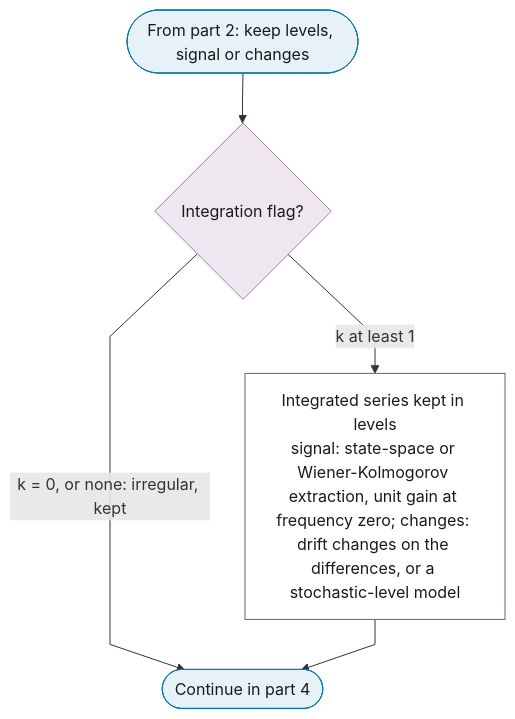
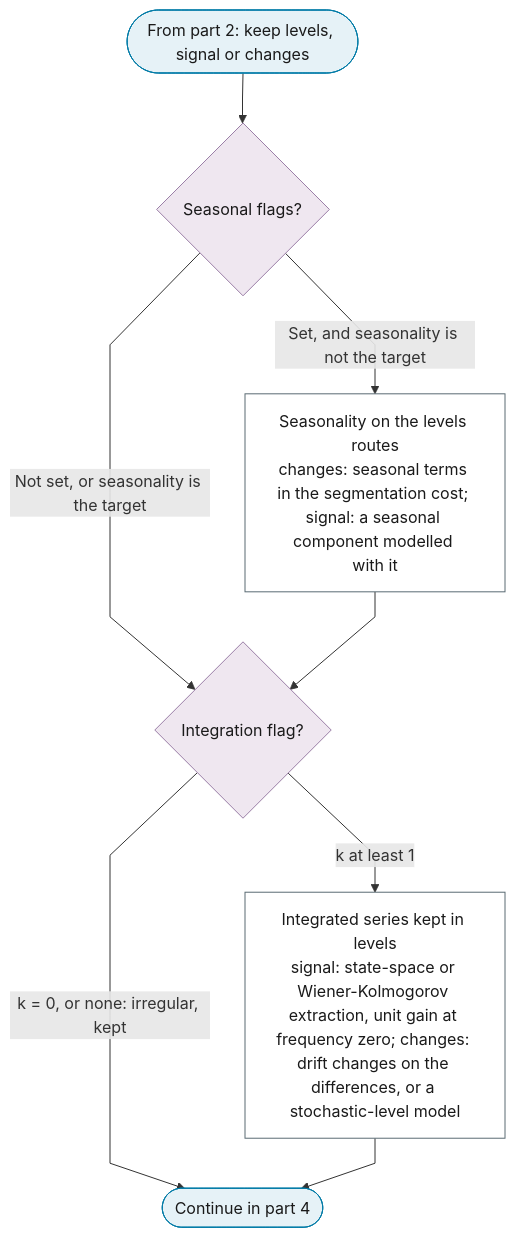
The sixth of 6 diagrams in docs/01-workflow/p04-transformations.md (Shuxin-Y/time-series-analysis-manual), drawn with Mermaid before and after one commit. The commit also changed other lines of this file and 17 other files, not shown here.

First line of the commit message:
fix(charts): round-3 review fixes to seasonality, thresholds and branch flags

````diff
--- a/docs/01-workflow/p04-transformations.md
+++ b/docs/01-workflow/p04-transformations.md
@@ -171,19 +174,22 @@
 ```mermaid
 %%{init: {"flowchart": {"curve": "linear"}}}%%
 graph TD
-    P4_PART_6_IN(["From part 2: keep levels, signal or changes"]) --> P4_LEVELS_ORDER{"Integration flag?"}
+    P4_PART_6_IN(["From part 2: keep levels, signal or changes"]) --> P4_LEVELS_SEASON{"Seasonal flags?"}
+    P4_LEVELS_SEASON -->|"Set, and seasonality is not the target"| P4_LEVELS_SEASONALITY["Seasonality on the levels routes<br/>changes: seasonal terms in the segmentation cost; signal: a seasonal component modelled with it"]
+    P4_LEVELS_SEASON -->|"Not set, or seasonality is the target"| P4_LEVELS_ORDER{"Integration flag?"}
+    P4_LEVELS_SEASONALITY --> P4_LEVELS_ORDER
     P4_LEVELS_ORDER -->|"k = 0, or none: irregular, kept"| P4_PART_6_OUT
     P4_LEVELS_ORDER -->|"k at least 1"| P4_INTEGRATED_LEVELS["Integrated series kept in levels<br/>signal: state-space or Wiener-Kolmogorov extraction, unit gain at frequency zero; changes: drift changes on the differences, or a stochastic-level model"]
     P4_INTEGRATED_LEVELS --> P4_PART_6_OUT(["Continue in part 4"])
     class P4_PART_6_IN,P4_PART_6_OUT terminator
-    class P4_LEVELS_ORDER decision
-    class P4_INTEGRATED_LEVELS process
+    class P4_LEVELS_SEASON,P4_LEVELS_ORDER decision
+    class P4_LEVELS_SEASONALITY,P4_INTEGRATED_LEVELS process
     classDef terminator fill:#E6F2F7,stroke:#007BA7,color:#1A1A1A;
     classDef process fill:#FFFFFF,stroke:#5A6B73,color:#1A1A1A;
     classDef decision fill:#EFE7F0,stroke:#9B7FA7,color:#1A1A1A;
     classDef data fill:#FFF4E0,stroke:#C9A55E,color:#1A1A1A;
     classDef good fill:#DCEFD8,stroke:#4A7A3F,color:#1A1A1A;
     classDef escalate fill:#FFE9C2,stroke:#C9A55E,color:#1A1A1A;
     classDef problem fill:#F2D9DE,stroke:#800020,color:#1A1A1A;
     classDef ref fill:#F7F7F7,stroke:#5A6B73,color:#1A1A1A,stroke-dasharray:4 3;
 ```
````
